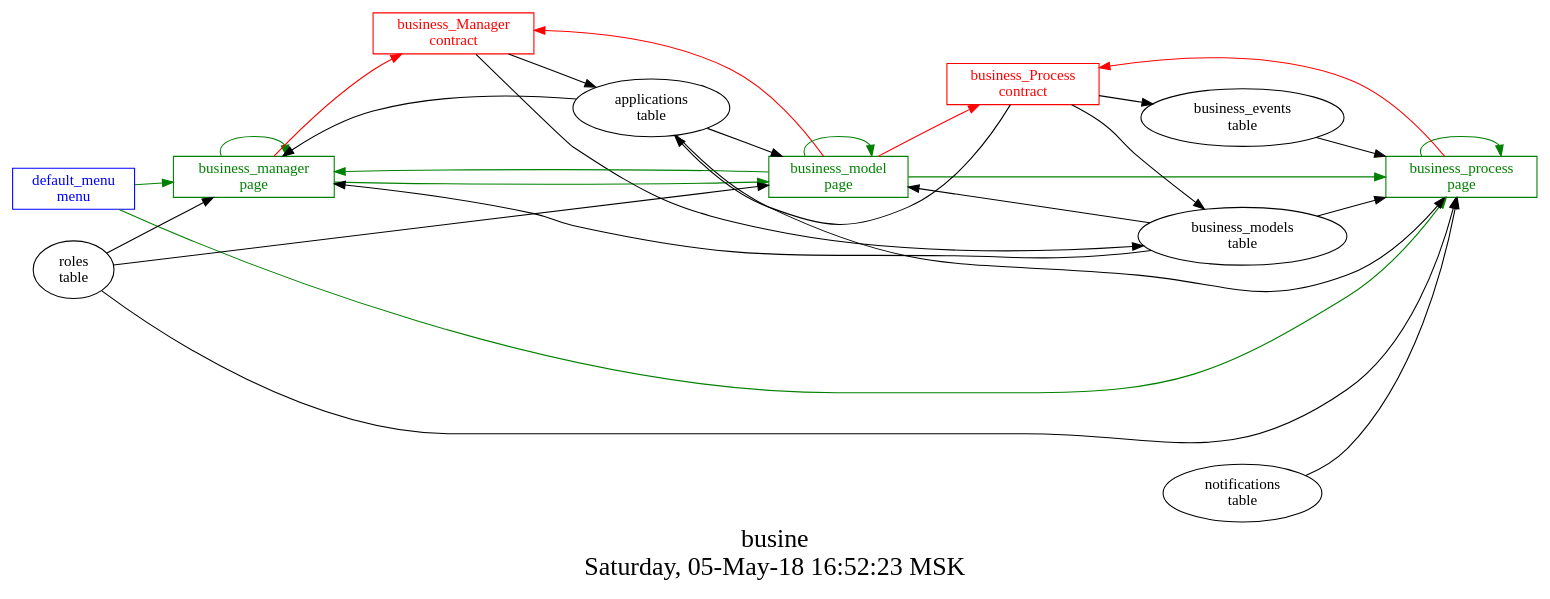
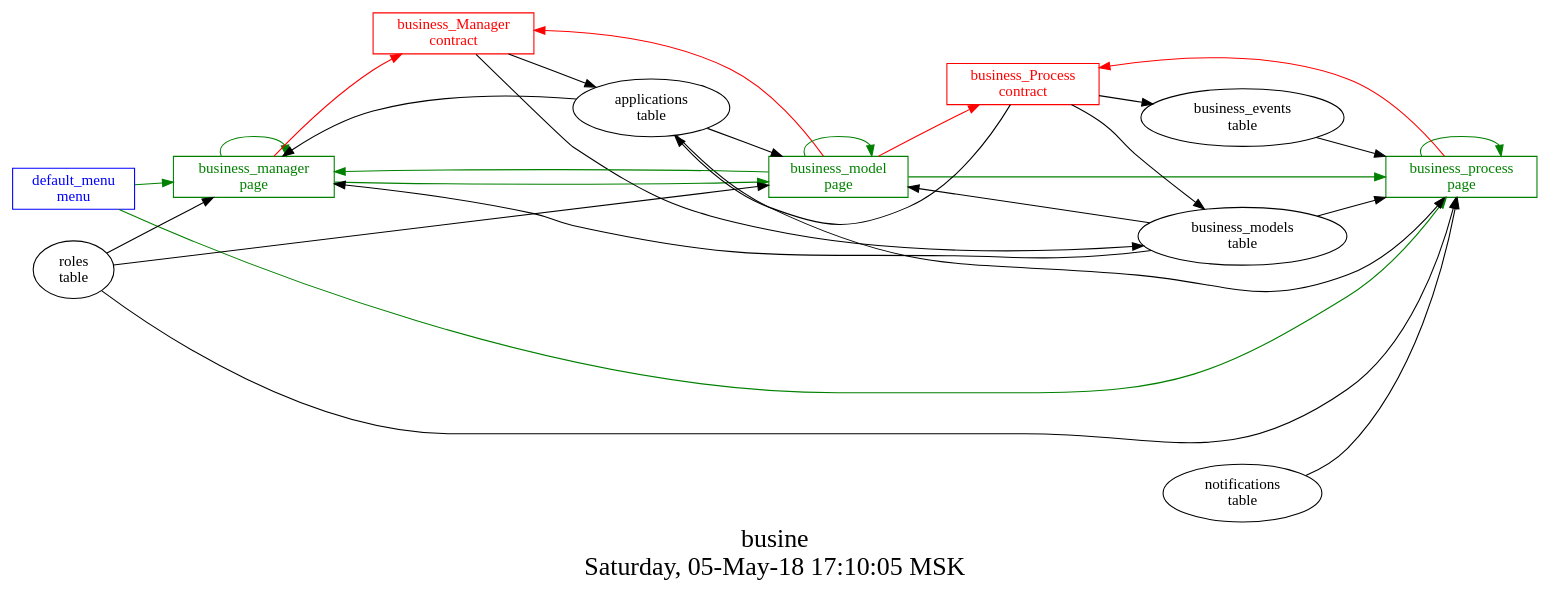
The diagram in src/business/struct.dot (AplaProject/apps), drawn with Graphviz before and after one commit. The commit also changed 3 other files, not shown here.

```diff
--- a/src/business/struct.dot
+++ b/src/business/struct.dot
@@ -1,46 +1,46 @@
 digraph G {
 graph [
   fontsize="24";
-  label="busine\nSaturday, 05-May-18 16:52:23 MSK";
+  label="busine\nSaturday, 05-May-18 17:10:05 MSK";
   nojustify=true;
   ordering=out;
   rankdir=LR;
   size="30";
 ];
 "default_menu\nmenu" -> "business_manager\npage"  [ color=green ]
 "default_menu\nmenu" -> "business_process\npage"  [ color=green ]
 "default_menu\nmenu" [color=blue, fontcolor=blue, group=menus, shape=record];
 "business_manager\npage" -> "business_Manager\ncontract"  [ color=red ]
 "applications\ntable" -> "business_manager\npage"  [ color="" ]
 "roles\ntable" -> "business_manager\npage"  [ color="" ]
 "business_models\ntable" -> "business_manager\npage"  [ color="" ]
 "business_manager\npage" -> "business_model\npage"  [ color=green ]
 "business_manager\npage" -> "business_manager\npage"  [ color=green ]
 "business_manager\npage" [color=green, fontcolor=green, group=pages, shape=record];
 "business_model\npage" -> "business_Process\ncontract"  [ color=red ]
 "business_model\npage" -> "business_Manager\ncontract"  [ color=red ]
 "applications\ntable" -> "business_model\npage"  [ color="" ]
 "business_models\ntable" -> "business_model\npage"  [ color="" ]
 "roles\ntable" -> "business_model\npage"  [ color="" ]
 "business_model\npage" -> "business_manager\npage"  [ color=green ]
 "business_model\npage" -> "business_process\npage"  [ color=green ]
 "business_model\npage" -> "business_model\npage"  [ color=green ]
 "business_model\npage" [color=green, fontcolor=green, group=pages, shape=record];
 "business_process\npage" -> "business_Process\ncontract"  [ color=red ]
 "applications\ntable" -> "business_process\npage"  [ color="" ]
 "notifications\ntable" -> "business_process\npage"  [ color="" ]
 "business_models\ntable" -> "business_process\npage"  [ color="" ]
 "roles\ntable" -> "business_process\npage"  [ color="" ]
 "business_events\ntable" -> "business_process\npage"  [ color="" ]
 "business_process\npage" -> "business_process\npage"  [ color=green ]
 "business_process\npage" [color=green, fontcolor=green, group=pages, shape=record];
 "business_Manager\ncontract" -> "applications\ntable"  [ color="" ]
 "business_Manager\ncontract" -> "business_models\ntable"  [ color="" ]
 "business_Manager\ncontract" [color=red, fontcolor=red, group=contracts, shape=record];
 "business_Process\ncontract" -> "applications\ntable"  [ color="" ]
 "business_Process\ncontract" -> "business_events\ntable"  [ color="" ]
 "business_Process\ncontract" -> "business_models\ntable"  [ color="" ]
 "business_Process\ncontract" [color=red, fontcolor=red, group=contracts, shape=record];
 "business_events\ntable" [color="", fontcolor="", group=tables, shape=""];
 "business_models\ntable" [color="", fontcolor="", group=tables, shape=""];
 }
```
